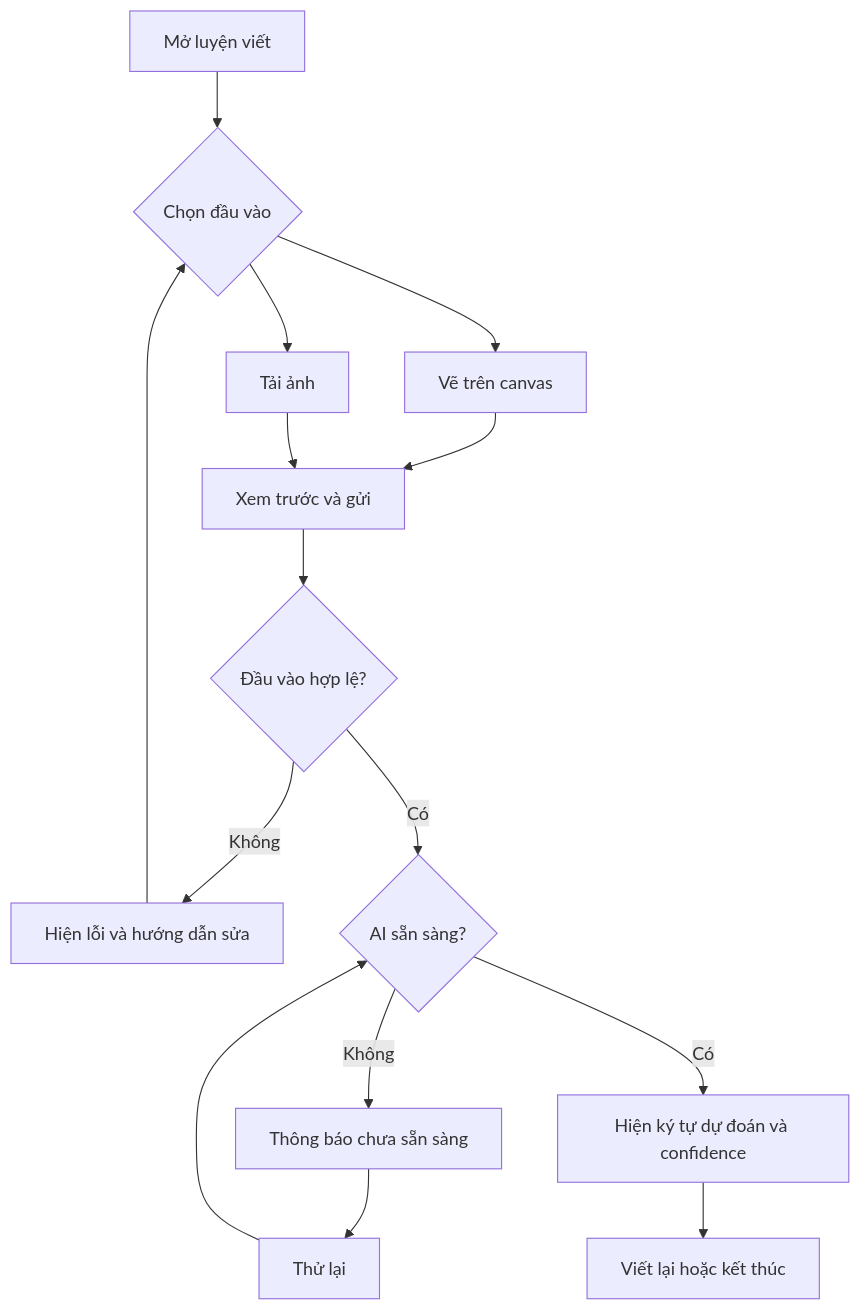
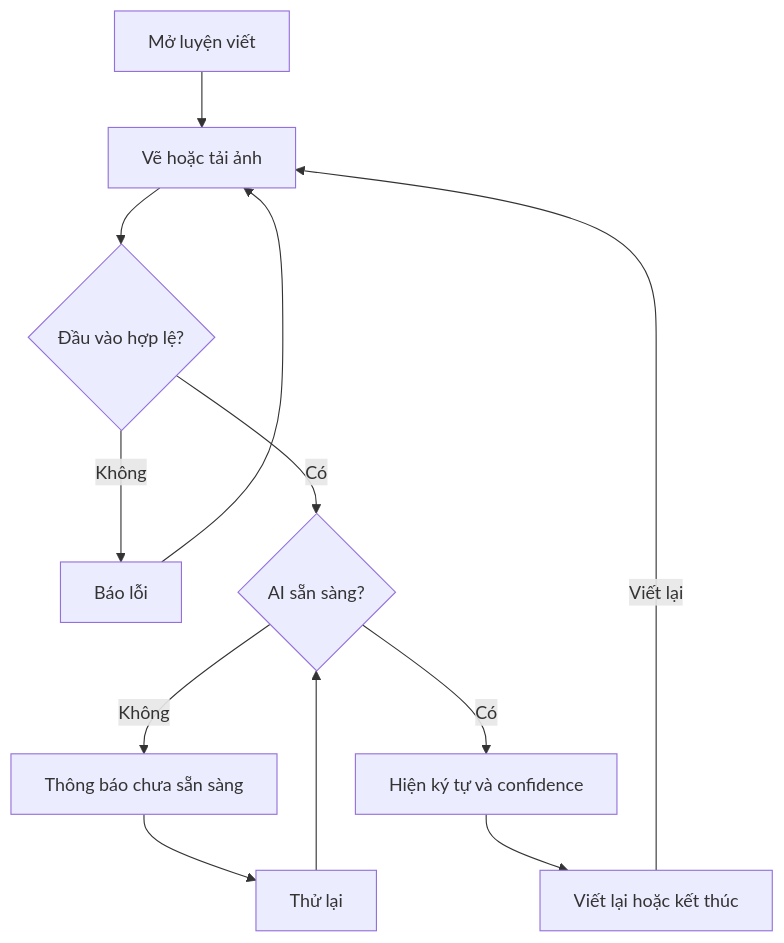
The second of 4 diagrams in project-docs/drafts/prd-miraigo-github-template.md (Enty2905/MiraiGo), drawn with Mermaid before and after one commit.

Commit message:
docs: simplify handwriting recognition flow

````diff
--- a/project-docs/drafts/prd-miraigo-github-template.md
+++ b/project-docs/drafts/prd-miraigo-github-template.md
@@ -313,17 +313,14 @@
 ```mermaid
 flowchart TD
-    A[Mở luyện viết] --> B{Chọn đầu vào}
-    B --> C[Vẽ trên canvas]
-    B --> D[Tải ảnh]
-    C --> E[Xem trước và gửi]
-    D --> E
-    E --> F{Đầu vào hợp lệ?}
-    F -- Không --> G[Hiện lỗi và hướng dẫn sửa]
-    F -- Có --> H{AI sẵn sàng?}
-    H -- Không --> I[Thông báo chưa sẵn sàng]
-    H -- Có --> J[Hiện ký tự dự đoán và confidence]
-    G --> B
-    I --> K[Thử lại]
-    K --> H
-    J --> L[Viết lại hoặc kết thúc]
+    A[Mở luyện viết] --> B[Vẽ hoặc tải ảnh]
+    B --> C{Đầu vào hợp lệ?}
+    C -- Không --> D[Báo lỗi]
+    D --> B
+    C -- Có --> E{AI sẵn sàng?}
+    E -- Không --> F[Thông báo chưa sẵn sàng]
+    F --> G[Thử lại]
+    G --> E
+    E -- Có --> H[Hiện ký tự và confidence]
+    H --> I[Viết lại hoặc kết thúc]
+    I -- Viết lại --> B
 ```
````
